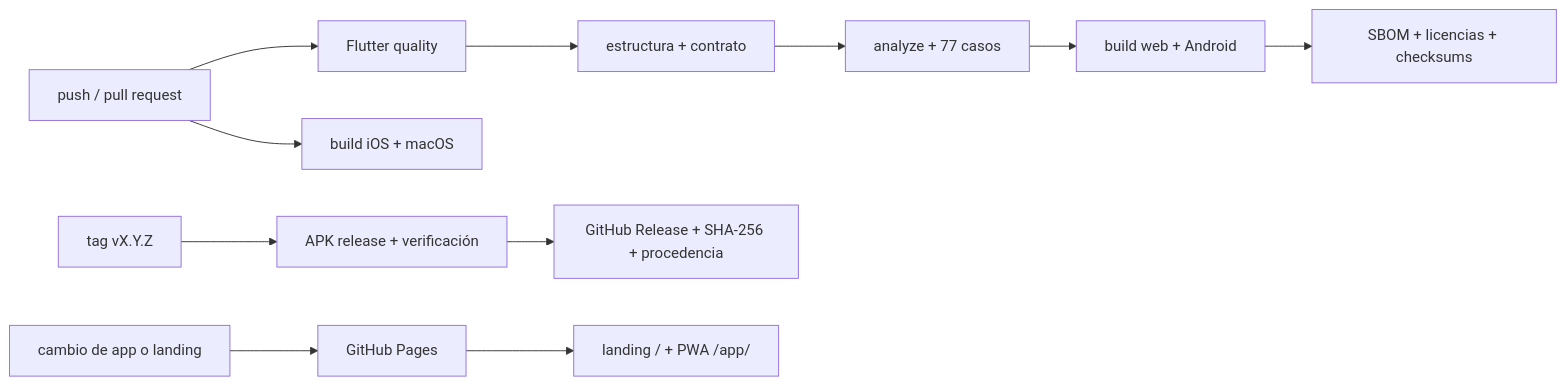
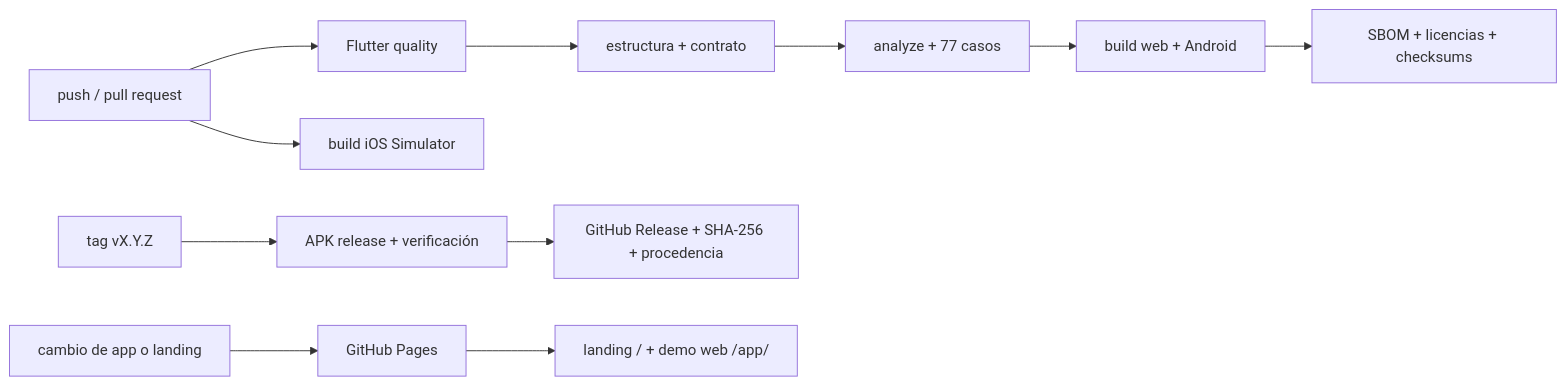
The diagram in docs/CI_GITHUB.md (vladimiracunadev-create/rootcause-qr-inspector), drawn with Mermaid before and after one commit. The commit also changed other lines of this file and 33 other files, not shown here.

````diff
--- a/docs/CI_GITHUB.md
+++ b/docs/CI_GITHUB.md
@@ -5,13 +5,13 @@
 ```mermaid
 flowchart LR
     P["push / pull request"] --> Q["Flutter quality"]
     Q --> S["estructura + contrato"]
     S --> A["analyze + 77 casos"]
     A --> B["build web + Android"]
     B --> R["SBOM + licencias + checksums"]
     T["tag vX.Y.Z"] --> V["APK release + verificación"]
     V --> H["GitHub Release + SHA-256 + procedencia"]
-    P --> M["build iOS + macOS"]
+    P --> M["build iOS Simulator"]
     L["cambio de app o landing"] --> G["GitHub Pages"]
-    G --> W["landing / + PWA /app/"]
+    G --> W["landing / + demo web /app/"]
 ```
````
